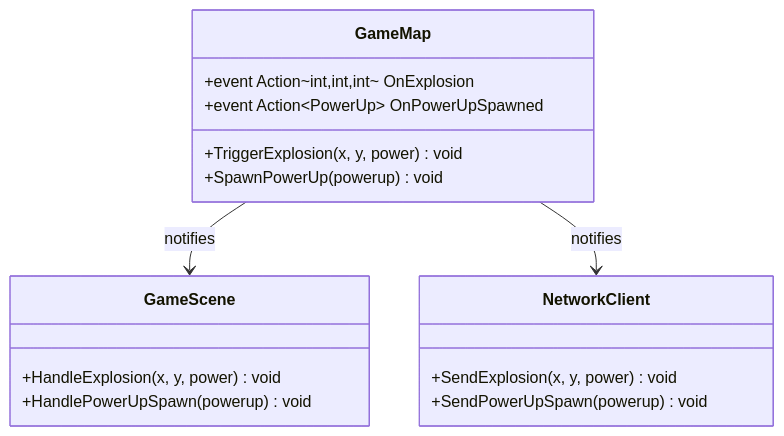
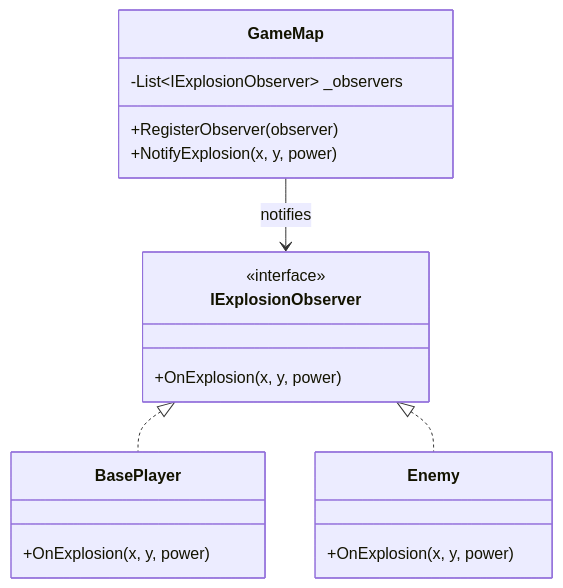
Before and after one commit to sudedincer/BombermanWithDesignPatterns: the second of 11 diagrams in DESIGN_DOCUMENT.md, drawn with Mermaid. The commit also changed other lines of this file and 1 other file, not shown here.

````diff
--- a/DESIGN_DOCUMENT.md
+++ b/DESIGN_DOCUMENT.md
@@ -245,22 +206,25 @@
 ```mermaid
 classDiagram
-    class GameMap {
-        +event Action~int,int,int~ OnExplosion
-        +event Action~PowerUp~ OnPowerUpSpawned
-        +TriggerExplosion(x, y, power) void
-        +SpawnPowerUp(powerup) void
+    class IExplosionObserver {
+        <<interface>>
+        +OnExplosion(x, y, power)
     }
     
-    class GameScene {
-        +HandleExplosion(x, y, power) void
-        +HandlePowerUpSpawn(powerup) void
+    class GameMap {
+        -List~IExplosionObserver~ _observers
+        +RegisterObserver(observer)
+        +NotifyExplosion(x, y, power)
     }
     
-    class NetworkClient {
-        +SendExplosion(x, y, power) void
-        +SendPowerUpSpawn(powerup) void
+    class BasePlayer {
+        +OnExplosion(x, y, power)
     }
     
-    GameMap --> GameScene : notifies
-    GameMap --> NetworkClient : notifies
+    class Enemy {
+        +OnExplosion(x, y, power)
+    }
+    
+    IExplosionObserver <|.. BasePlayer
+    IExplosionObserver <|.. Enemy
+    GameMap --> IExplosionObserver : notifies
 ```
````
